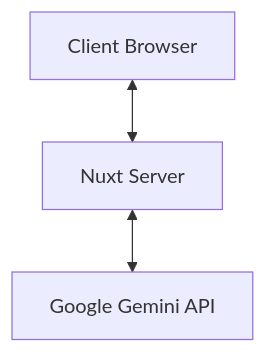
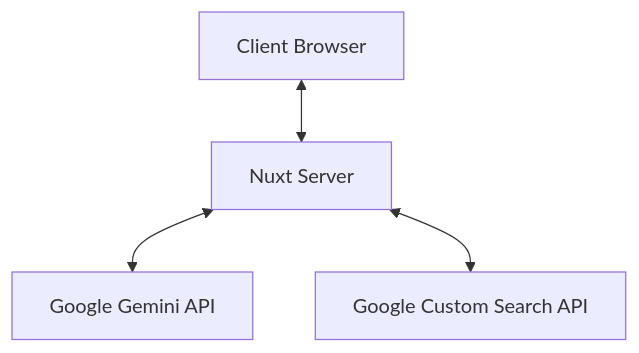
One commit to cuongbuoi/retro-ai-agent changed the first of 7 diagrams in memory-bank/systemPatterns.md. Above: the diagram before and after it, drawn with Mermaid. The commit also changed other lines of this file and 20 other files, not shown here.

````diff
--- a/memory-bank/systemPatterns.md
+++ b/memory-bank/systemPatterns.md
@@ -7,5 +7,6 @@
 ```mermaid
 flowchart TB
     Client[Client Browser] <--> NuxtServer[Nuxt Server]
     NuxtServer <--> AIService[Google Gemini API]
+    NuxtServer <--> SearchAPI[Google Custom Search API]
 ```
````
